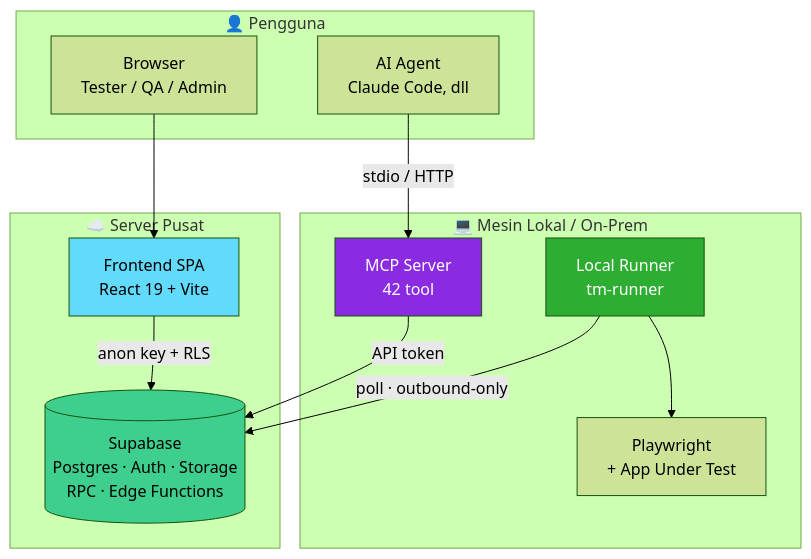
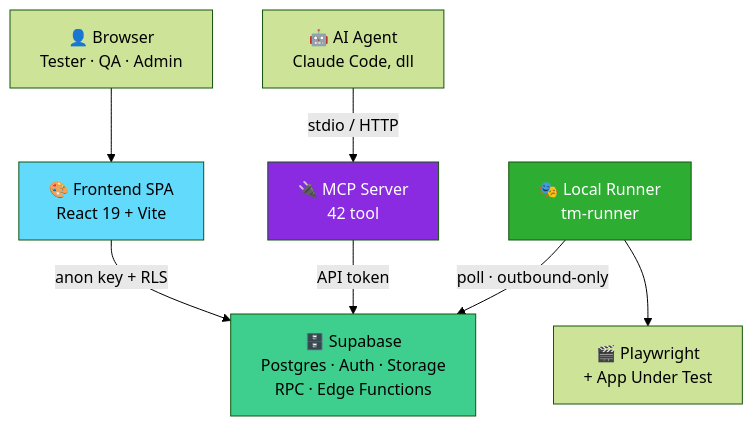
The first of 7 diagrams in README.md (NvlFR/shiftech-test-mgr), drawn with Mermaid (forest theme) before and after one commit. The commit also changed other lines of this file and 13 other files, not shown here.

````diff
--- a/README.md
+++ b/README.md
@@ -159,30 +159,22 @@
 ```mermaid
 flowchart TB
-    subgraph client["👤 Pengguna"]
-        B["Browser<br/>Tester / QA / Admin"]
-        A["AI Agent<br/>Claude Code, dll"]
-    end
-
-    subgraph central["☁️ Server Pusat"]
-        F["Frontend SPA<br/>React 19 + Vite"]
-        S[("Supabase<br/>Postgres · Auth · Storage<br/>RPC · Edge Functions")]
-    end
-
-    subgraph local["💻 Mesin Lokal / On-Prem"]
-        M["MCP Server<br/>42 tool"]
-        R["Local Runner<br/>tm-runner"]
-        P["Playwright<br/>+ App Under Test"]
-    end
+    B["👤 Browser<br/>Tester · QA · Admin"]
+    A["🤖 AI Agent<br/>Claude Code, dll"]
+    F["🎨 Frontend SPA<br/>React 19 + Vite"]
+    S["🗄️ Supabase<br/>Postgres · Auth · Storage<br/>RPC · Edge Functions"]
+    M["🔌 MCP Server<br/>42 tool"]
+    R["🎭 Local Runner<br/>tm-runner"]
+    P["🎬 Playwright<br/>+ App Under Test"]
 
     B --> F
     F -->|"anon key + RLS"| S
     A -->|"stdio / HTTP"| M
     M -->|"API token"| S
     R -->|"poll · outbound-only"| S
     R --> P
 
     style S fill:#3ECF8E,color:#000
     style F fill:#61DAFB,color:#000
     style M fill:#8A2BE2,color:#fff
     style R fill:#2EAD33,color:#fff
 ```
````
